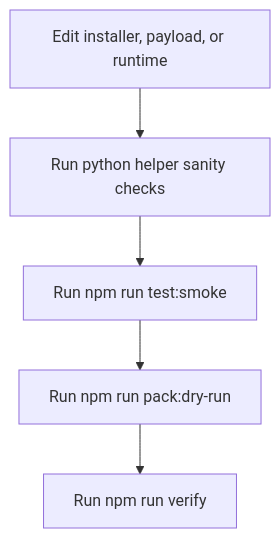
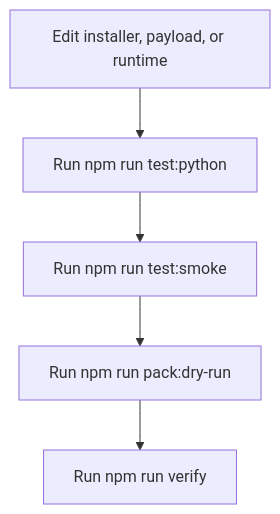
Before and after one commit to bma-d/bmad-story-automator: the diagram in docs/development.md, drawn with Mermaid. The commit also changed other lines of this file and 27 other files, not shown here.

````diff
--- a/docs/development.md
+++ b/docs/development.md
@@ -32,7 +34,7 @@
 ```mermaid
 flowchart TD
-    A["Edit installer, payload, or runtime"] --> B["Run python helper sanity checks"]
+    A["Edit installer, payload, or runtime"] --> B["Run npm run test:python"]
     B --> C["Run npm run test:smoke"]
     C --> D["Run npm run pack:dry-run"]
     D --> E["Run npm run verify"]
 ```
````
